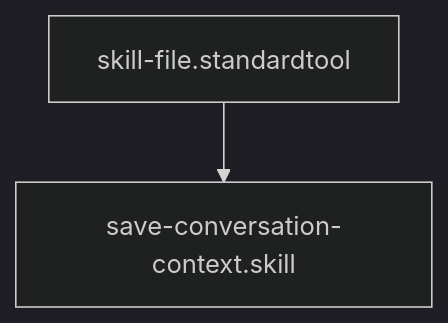
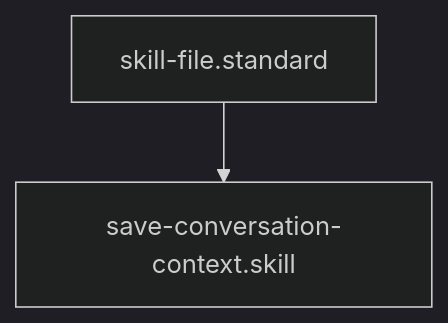
The diagram in skills/save-conversation-context.skill.md (Gizmo4Life/ai-kernel), drawn with Mermaid (dark theme) before and after one commit. The commit also changed other lines of this file and 89 other files, not shown here.

````diff
--- a/skills/save-conversation-context.skill.md
+++ b/skills/save-conversation-context.skill.md
@@ -28,4 +29,4 @@
 ```mermaid
 graph TD
-    skill-file.standardtool --> save-conversation-context.skill
+    skill-file.standard --> save-conversation-context.skill
 ```
````
